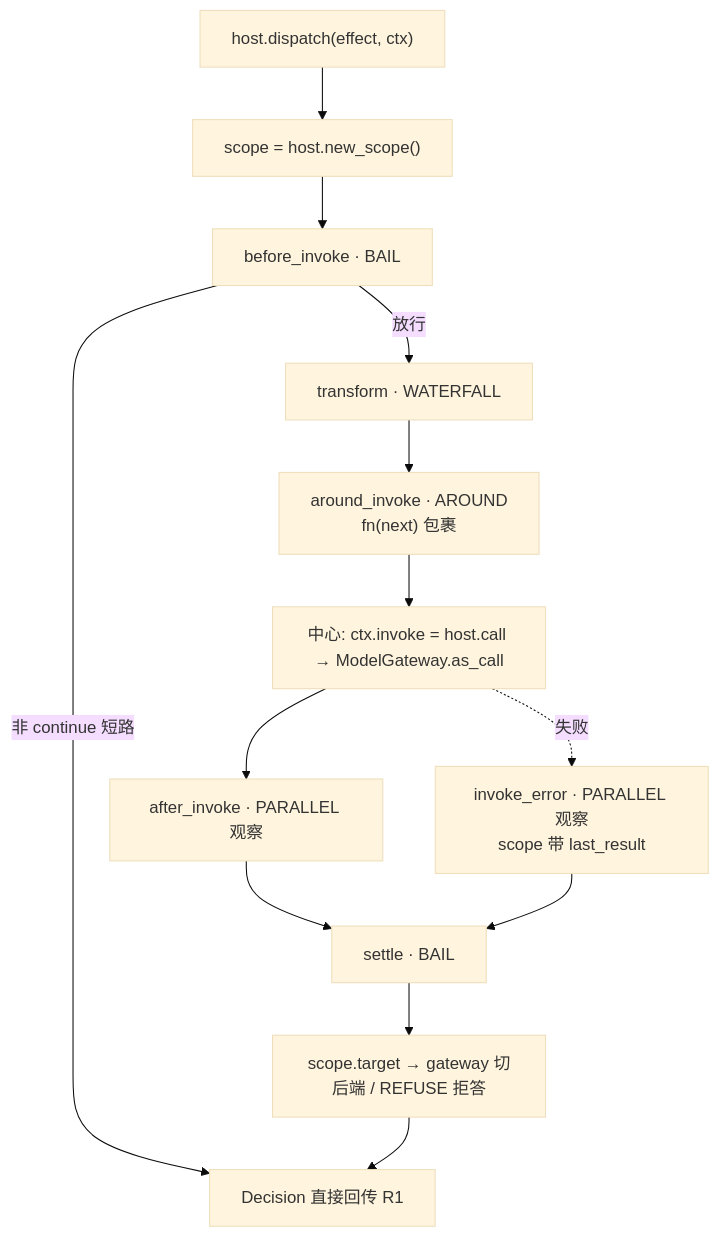
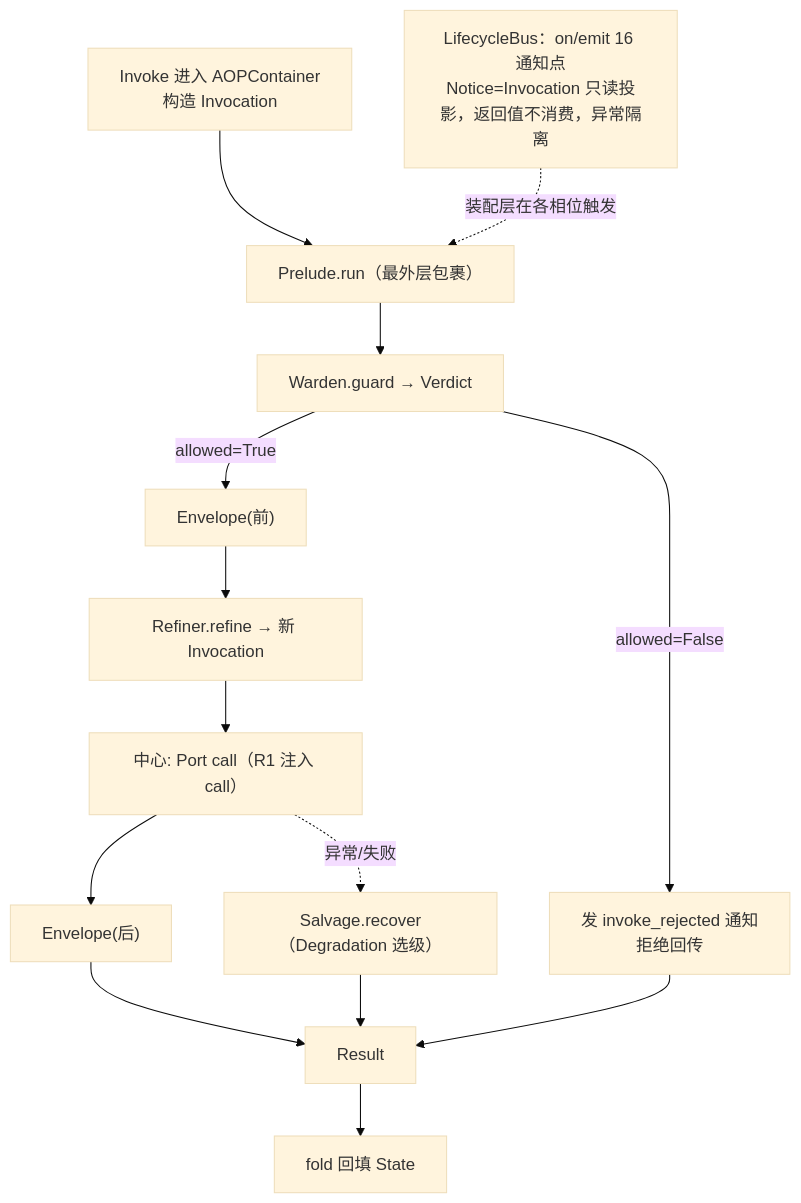
The fourth of 13 diagrams in docs/01-总览与设计/AGENT-总设计.md (sao-lang/lll), drawn with Mermaid (base theme) before and after one commit. The commit also changed other lines of this file and 127 other files, not shown here.

````diff
--- a/docs/01-总览与设计/AGENT-总设计.md
+++ b/docs/01-总览与设计/AGENT-总设计.md
@@ -435,15 +556,16 @@
 ```mermaid
 flowchart TD
-    E["host.dispatch(effect, ctx)"] --> NS["scope = host.new_scope()"]
-    NS --> BI["before_invoke · BAIL"]
-    BI -->|非 continue 短路| RET["Decision 直接回传 R1"]
-    BI -->|放行| TR["transform · WATERFALL"]
-    TR --> AR["around_invoke · AROUND<br/>fn(next) 包裹"]
-    AR --> CORE["中心: ctx.invoke = host.call → ModelGateway.as_call"]
-    CORE --> AI["after_invoke · PARALLEL 观察"]
-    CORE -.失败.-> IE["invoke_error · PARALLEL 观察<br/>scope 带 last_result"]
-    AI --> ST["settle · BAIL"]
-    IE --> ST
-    ST --> T["scope.target → gateway 切后端 / REFUSE 拒答"]
-    T --> RET
+    E["Invoke 进入 AOPContainer<br/>构造 Invocation"] --> PRE["Prelude.run（最外层包裹）"]
+    PRE --> WA["Warden.guard → Verdict"]
+    WA -->|allowed=False| RJ["发 invoke_rejected 通知<br/>拒绝回传"]
+    WA -->|allowed=True| EN["Envelope(前)"]
+    EN --> RF["Refiner.refine → 新 Invocation"]
+    RF --> CORE["中心: Port call（R1 注入 call）"]
+    CORE --> ENB["Envelope(后)"]
+    CORE -.异常/失败.-> SV["Salvage.recover（Degradation 选级）"]
+    ENB --> RES["Result"]
+    SV --> RES
+    RJ --> RES
+    RES --> FL["fold 回填 State"]
+    LC["LifecycleBus：on/emit 16 通知点<br/>Notice=Invocation 只读投影，返回值不消费，异常隔离"] -.装配层在各相位触发.-> PRE
 ```
````
